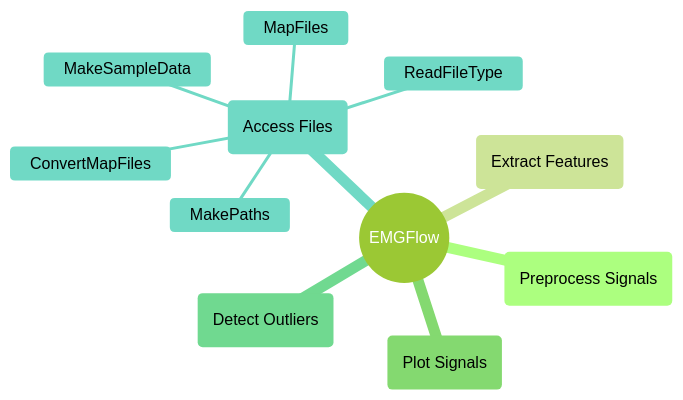
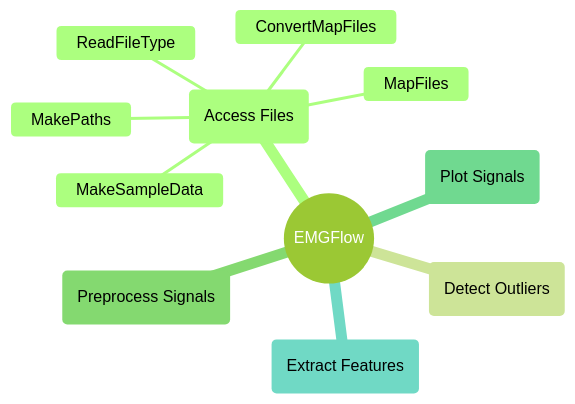
Before and after one commit to WiIIson/EMGFlow-Python-Package: the diagram in docs/reference/access-files.md, drawn with Mermaid (forest theme). The commit also changed other lines of this file and 6 other files, not shown here.

````diff
--- a/docs/reference/access-files.md
+++ b/docs/reference/access-files.md
@@ -7,14 +7,14 @@
 ```mermaid
 mindmap
     root((EMGFlow))
-        PrS(Preprocess Signals)
-        EF(Extract Features)
-        PlS(Plot Signals)
-        DO(Detect Outliers)
         AF(Access Files)
             MakePaths
             MakeSampleData
             ReadFileType
             MapFiles
             ConvertMapFiles
+        DO(Detect Outliers)
+        PrS(Preprocess Signals)
+        PlS(Plot Signals)
+        EF(Extract Features)
 ```
````
